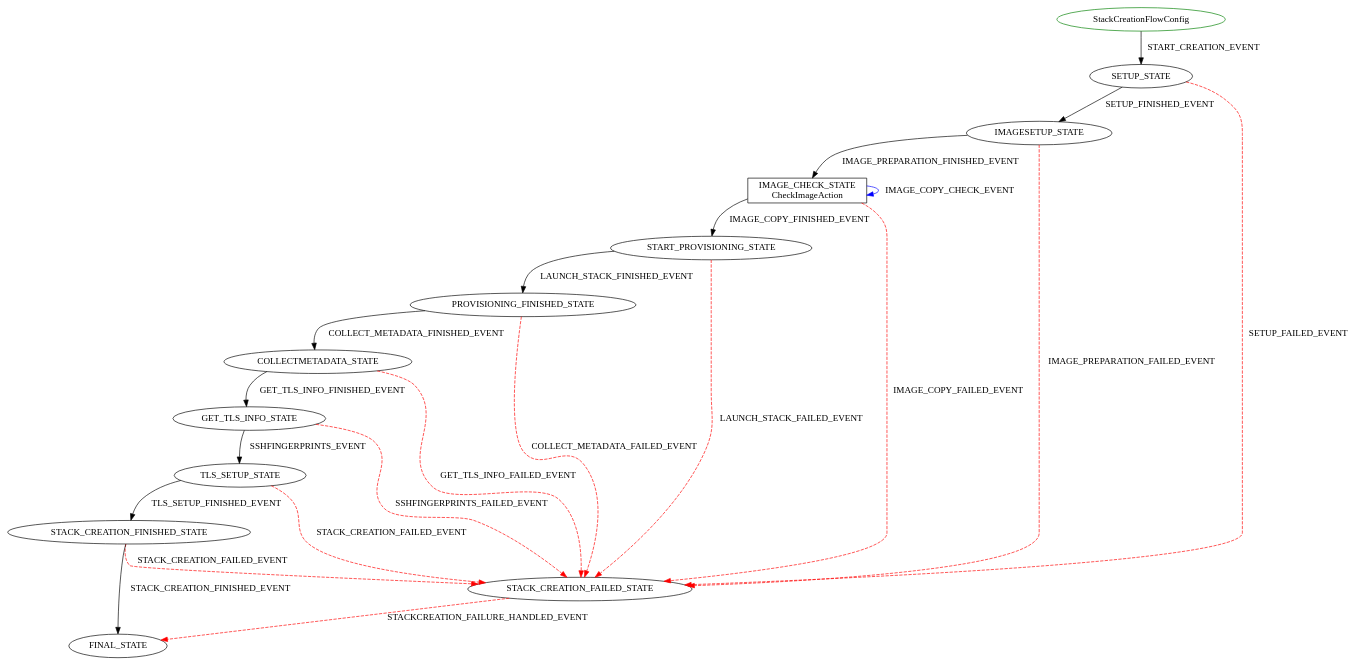
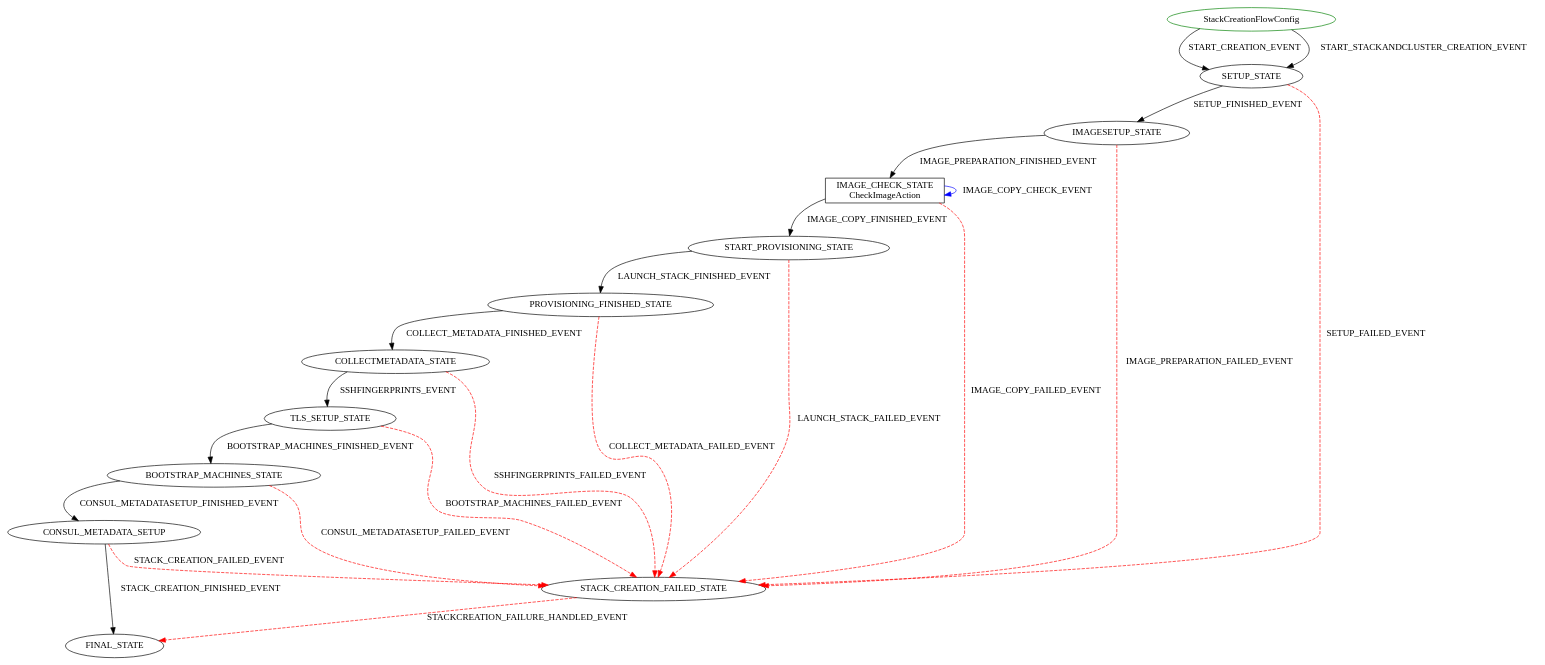
The diagram in latest/diagrams/StackCreationFlowConfig.dot (hortonworks/cloudbreak-docs), drawn with Graphviz before and after one commit. The commit also changed 61 other files, not shown here.

```diff
--- a/latest/diagrams/StackCreationFlowConfig.dot
+++ b/latest/diagrams/StackCreationFlowConfig.dot
@@ -1,25 +1,26 @@
 digraph {
 INIT_STATE [label="StackCreationFlowConfig" shape=ellipse color=green];
 INIT_STATE -> SETUP_STATE [label="START_CREATION_EVENT" color=black style=solid];
+INIT_STATE -> SETUP_STATE [label="START_STACKANDCLUSTER_CREATION_EVENT" color=black style=solid];
 SETUP_STATE -> IMAGESETUP_STATE [label="SETUP_FINISHED_EVENT" color=black style=solid];
 SETUP_STATE -> STACK_CREATION_FAILED_STATE [label="SETUP_FAILED_EVENT" color=red style=dashed];
 STACK_CREATION_FAILED_STATE -> FINAL_STATE [label="STACKCREATION_FAILURE_HANDLED_EVENT" color=red style=dashed];
 IMAGE_CHECK_STATE [label="IMAGE_CHECK_STATE\nCheckImageAction" shape=rect color=black];
 IMAGESETUP_STATE -> IMAGE_CHECK_STATE [label="IMAGE_PREPARATION_FINISHED_EVENT" color=black style=solid];
 IMAGESETUP_STATE -> STACK_CREATION_FAILED_STATE [label="IMAGE_PREPARATION_FAILED_EVENT" color=red style=dashed];
 IMAGE_CHECK_STATE -> IMAGE_CHECK_STATE [label="IMAGE_COPY_CHECK_EVENT" color=blue style=solid];
 IMAGE_CHECK_STATE -> STACK_CREATION_FAILED_STATE [label="IMAGE_COPY_FAILED_EVENT" color=red style=dashed];
 IMAGE_CHECK_STATE -> START_PROVISIONING_STATE [label="IMAGE_COPY_FINISHED_EVENT" color=black style=solid];
 START_PROVISIONING_STATE -> PROVISIONING_FINISHED_STATE [label="LAUNCH_STACK_FINISHED_EVENT" color=black style=solid];
 START_PROVISIONING_STATE -> STACK_CREATION_FAILED_STATE [label="LAUNCH_STACK_FAILED_EVENT" color=red style=dashed];
 PROVISIONING_FINISHED_STATE -> COLLECTMETADATA_STATE [label="COLLECT_METADATA_FINISHED_EVENT" color=black style=solid];
 PROVISIONING_FINISHED_STATE -> STACK_CREATION_FAILED_STATE [label="COLLECT_METADATA_FAILED_EVENT" color=red style=dashed];
-COLLECTMETADATA_STATE -> GET_TLS_INFO_STATE [label="GET_TLS_INFO_FINISHED_EVENT" color=black style=solid];
-COLLECTMETADATA_STATE -> STACK_CREATION_FAILED_STATE [label="GET_TLS_INFO_FAILED_EVENT" color=red style=dashed];
-GET_TLS_INFO_STATE -> TLS_SETUP_STATE [label="SSHFINGERPRINTS_EVENT" color=black style=solid];
-GET_TLS_INFO_STATE -> STACK_CREATION_FAILED_STATE [label="SSHFINGERPRINTS_FAILED_EVENT" color=red style=dashed];
-TLS_SETUP_STATE -> STACK_CREATION_FINISHED_STATE [label="TLS_SETUP_FINISHED_EVENT" color=black style=solid];
-TLS_SETUP_STATE -> STACK_CREATION_FAILED_STATE [label="STACK_CREATION_FAILED_EVENT" color=red style=dashed];
-STACK_CREATION_FINISHED_STATE -> FINAL_STATE [label="STACK_CREATION_FINISHED_EVENT" color=black style=solid];
-STACK_CREATION_FINISHED_STATE -> STACK_CREATION_FAILED_STATE [label="STACK_CREATION_FAILED_EVENT" color=red style=dashed];
+COLLECTMETADATA_STATE -> TLS_SETUP_STATE [label="SSHFINGERPRINTS_EVENT" color=black style=solid];
+COLLECTMETADATA_STATE -> STACK_CREATION_FAILED_STATE [label="SSHFINGERPRINTS_FAILED_EVENT" color=red style=dashed];
+TLS_SETUP_STATE -> BOOTSTRAP_MACHINES_STATE [label="BOOTSTRAP_MACHINES_FINISHED_EVENT" color=black style=solid];
+TLS_SETUP_STATE -> STACK_CREATION_FAILED_STATE [label="BOOTSTRAP_MACHINES_FAILED_EVENT" color=red style=dashed];
+BOOTSTRAP_MACHINES_STATE -> CONSUL_METADATA_SETUP [label="CONSUL_METADATASETUP_FINISHED_EVENT" color=black style=solid];
+BOOTSTRAP_MACHINES_STATE -> STACK_CREATION_FAILED_STATE [label="CONSUL_METADATASETUP_FAILED_EVENT" color=red style=dashed];
+CONSUL_METADATA_SETUP -> FINAL_STATE [label="STACK_CREATION_FINISHED_EVENT" color=black style=solid];
+CONSUL_METADATA_SETUP -> STACK_CREATION_FAILED_STATE [label="STACK_CREATION_FAILED_EVENT" color=red style=dashed];
 }
```
